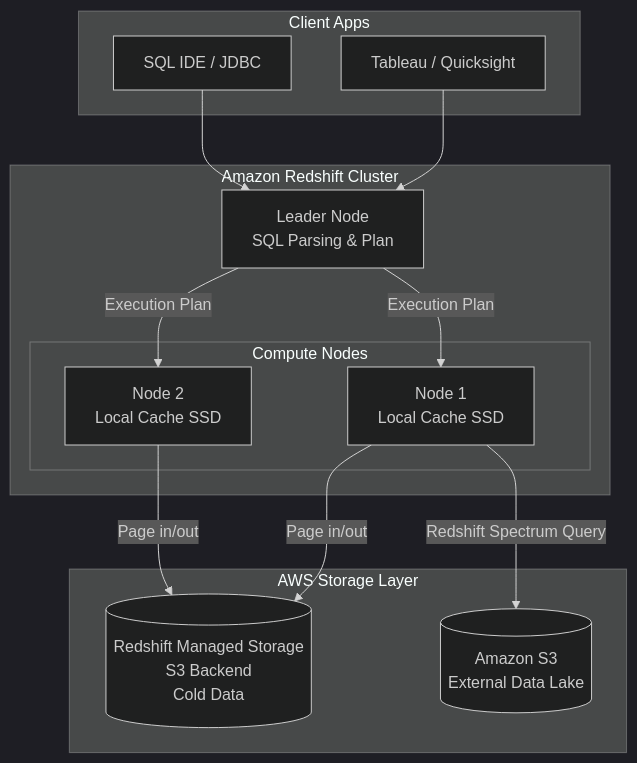
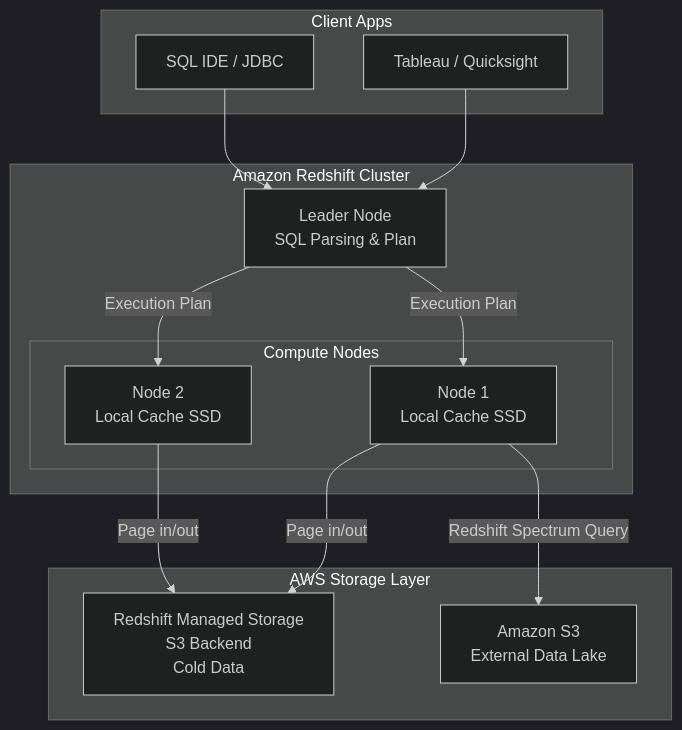
Before and after one commit to kythuatdulieu/kythuatdulieu.github.io: the diagram in src/content/docs/concepts/cloud-data-platform/amazon-redshift.md, drawn with Mermaid (dark theme). The commit also changed other lines of this file and 175 other files, not shown here.

Commit message:
docs: content audit, correct Mermaid diagrams, fix external links, and auto-inject popovers

````diff
--- a/src/content/docs/concepts/cloud-data-platform/amazon-redshift.md
+++ b/src/content/docs/concepts/cloud-data-platform/amazon-redshift.md
@@ -61,32 +61,34 @@
 ```mermaid
 graph TD
-    subgraph Client Apps
-        BI[Tableau / Quicksight]
-        SQL[SQL IDE / JDBC]
+    subgraph "Client Apps"
+        BI["Tableau / Quicksight"]
+        SQL["SQL IDE / JDBC"]
     end
 
-    subgraph Amazon Redshift Cluster
-        Leader[Leader Node \n SQL Parsing & Plan]
+    subgraph "Amazon Redshift Cluster"
+        Leader["Leader Node <br/> SQL Parsing & Plan"]
         
-        subgraph Compute Nodes
-            Node1[Node 1 \n Local Cache SSD]
-            Node2[Node 2 \n Local Cache SSD]
+        subgraph "Compute Nodes"
+            Node1["Node 1 <br/> Local Cache SSD"]
+            Node2["Node 2 <br/> Local Cache SSD"]
         end
         
         Leader -- Execution Plan --> Node1
         Leader -- Execution Plan --> Node2
     end
 
-    subgraph AWS Storage Layer
-        RMS[(Redshift Managed Storage \n S3 Backend \n Cold Data)]
-        S3DataLake[(Amazon S3 \n External Data Lake)]
+    subgraph "AWS Storage Layer"
+        RMS["Redshift Managed Storage <br/> S3 Backend <br/> Cold Data"]
+        S3DataLake["Amazon S3 <br/> External Data Lake"]
     end
 
     BI --> Leader
     SQL --> Leader
 
     Node1 -- Page in/out --> RMS
     Node2 -- Page in/out --> RMS
 
     Node1 -- Redshift Spectrum Query --> S3DataLake
+
+
 ```
````
